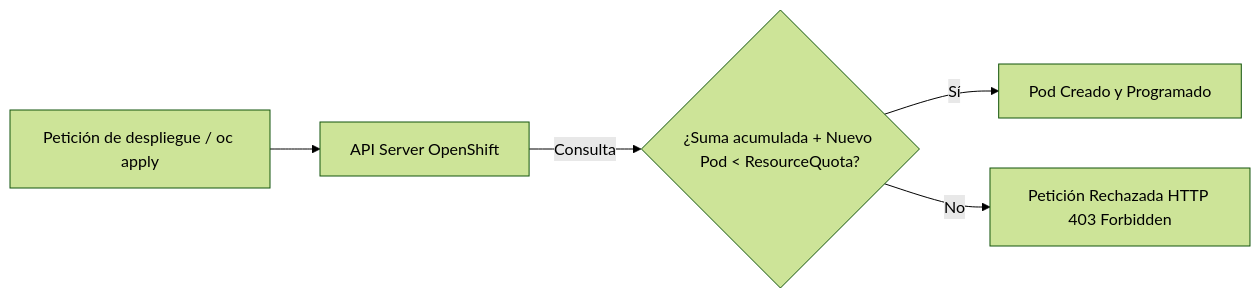
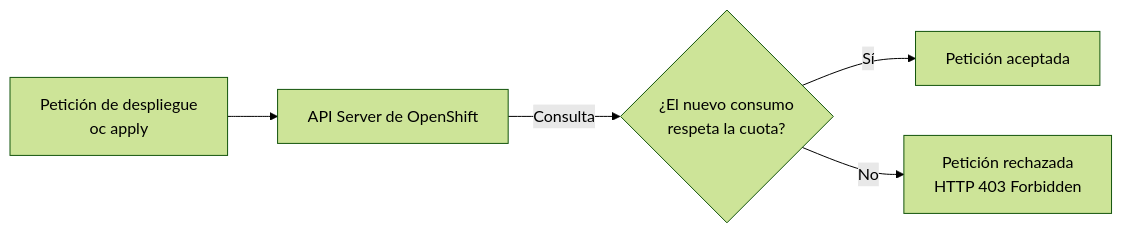
The second of 7 diagrams in docs/sesion4/4.2 Recursoso, cuotas y ubicación.md (ieftraining/curso-openshift), drawn with Mermaid (forest theme) before and after one commit. The commit also changed other lines of this file, not shown here.

````diff
--- a/docs/sesion4/4.2 Recursoso, cuotas y ubicación.md
+++ b/docs/sesion4/4.2 Recursoso, cuotas y ubicación.md
@@ -54,7 +55,7 @@
 ```mermaid
 flowchart LR
-    A[Petición de despliegue / oc apply] --> B[API Server OpenShift]
-    B -->|Consulta| C{¿Suma acumulada + Nuevo Pod < ResourceQuota?}
-    C -->|Sí| D[Pod Creado y Programado]
-    C -->|No| E[Petición Rechazada HTTP 403 Forbidden]
+    A[Petición de despliegue<br/>oc apply] --> B[API Server de OpenShift]
+    B -->|Consulta| C{¿El nuevo consumo<br/>respeta la cuota?}
+    C -->|Sí| D[Petición aceptada]
+    C -->|No| E[Petición rechazada<br/>HTTP 403 Forbidden]
 ```
````
